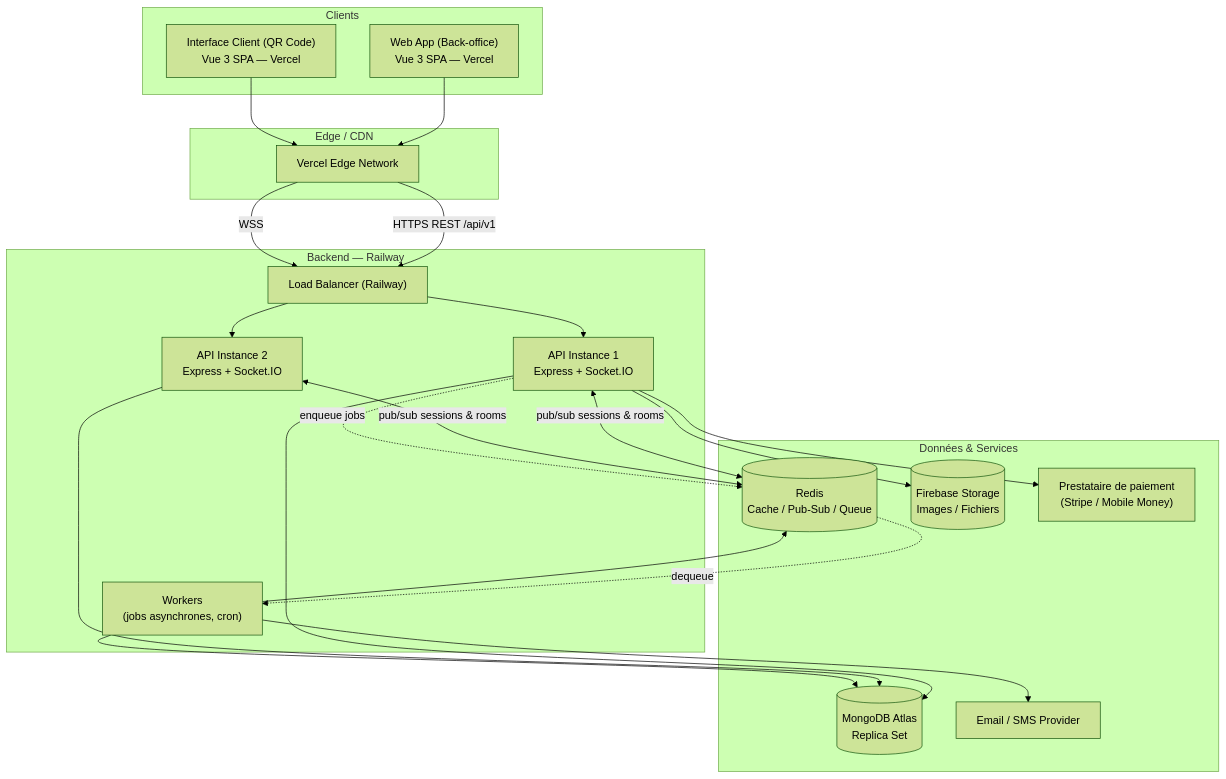
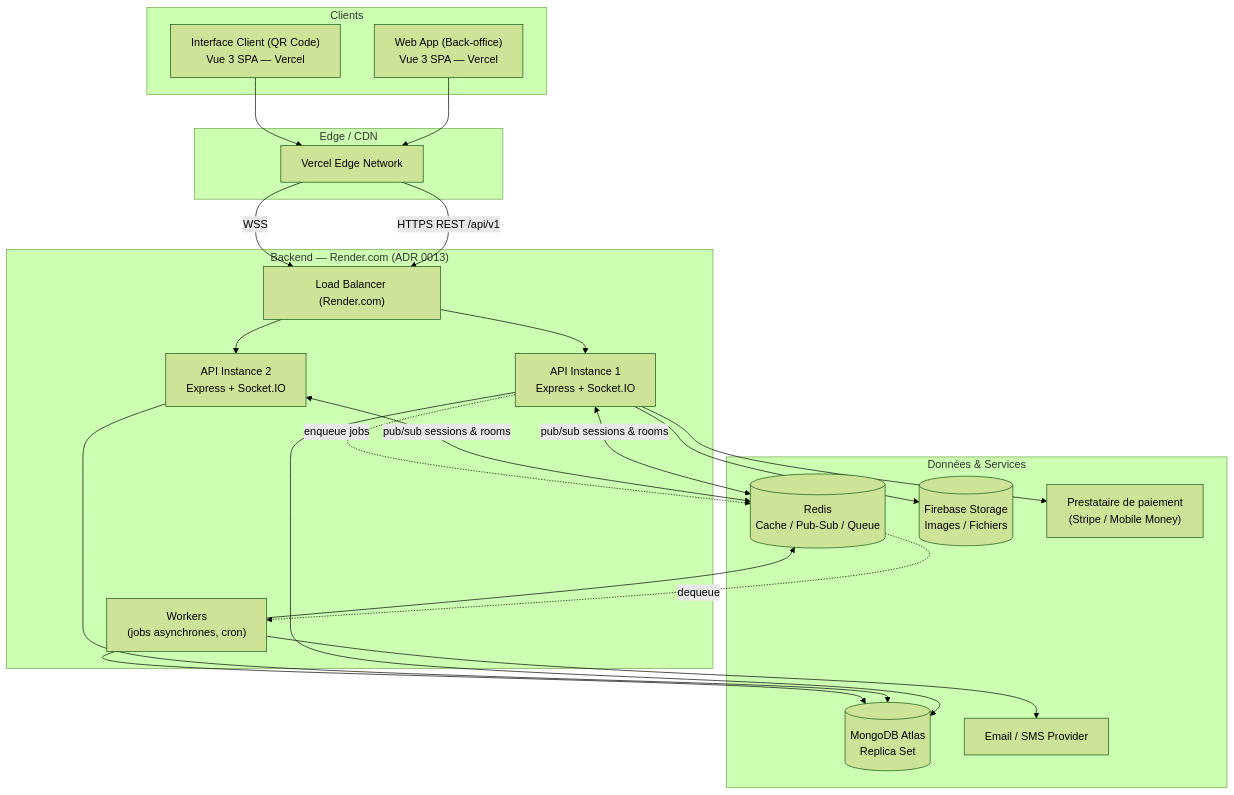
One commit to EricAZ99/quick_table_new_version changed the first of 6 diagrams in docs/architecture/02-architecture-generale.md. Above: the diagram before and after it, drawn with Mermaid (forest theme). The commit also changed other lines of this file and 7 other files, not shown here.

````diff
--- a/docs/architecture/02-architecture-generale.md
+++ b/docs/architecture/02-architecture-generale.md
@@ -9,44 +9,44 @@
 ```mermaid
 flowchart TB
     subgraph Clients["Clients"]
         WebApp["Web App (Back-office)\nVue 3 SPA — Vercel"]
         CustomerPWA["Interface Client (QR Code)\nVue 3 SPA — Vercel"]
     end
 
     subgraph Edge["Edge / CDN"]
         VercelCDN["Vercel Edge Network"]
     end
 
-    subgraph Backend["Backend — Railway"]
-        LB["Load Balancer (Railway)"]
+    subgraph Backend["Backend — Render.com (ADR 0013)"]
+        LB["Load Balancer (Render.com)"]
         API1["API Instance 1\nExpress + Socket.IO"]
         API2["API Instance 2\nExpress + Socket.IO"]
         Workers["Workers\n(jobs asynchrones, cron)"]
     end
 
     subgraph Data["Données & Services"]
         Mongo[("MongoDB Atlas\nReplica Set")]
         Redis[("Redis\nCache / Pub-Sub / Queue")]
         Firebase[("Firebase Storage\nImages / Fichiers")]
         PaymentGW["Prestataire de paiement\n(Stripe / Mobile Money)"]
         EmailSMS["Email / SMS Provider"]
     end
 
     WebApp --> VercelCDN
     CustomerPWA --> VercelCDN
     VercelCDN -->|HTTPS REST /api/v1| LB
     VercelCDN -->|WSS| LB
     LB --> API1
     LB --> API2
     API1 <-->|pub/sub sessions & rooms| Redis
     API2 <-->|pub/sub sessions & rooms| Redis
     API1 --> Mongo
     API2 --> Mongo
     API1 --> Firebase
     API1 --> PaymentGW
     Workers --> Mongo
     Workers --> Redis
     Workers --> EmailSMS
     API1 -.enqueue jobs.-> Redis
     Redis -.dequeue.-> Workers
 ```
````
